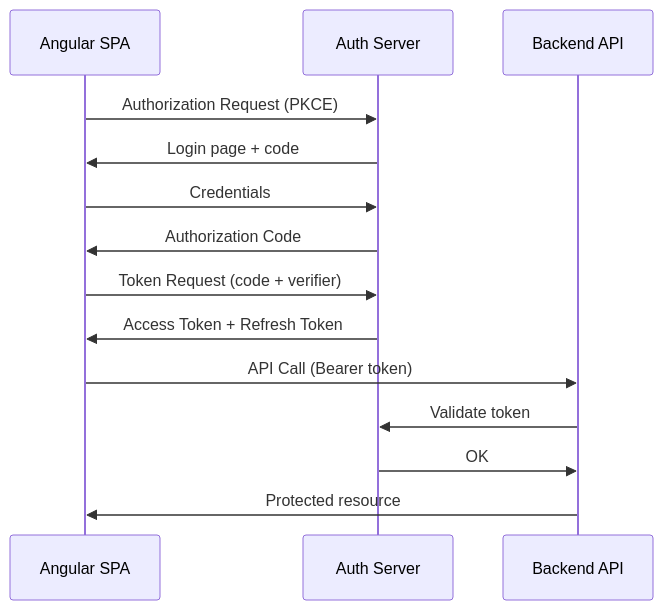
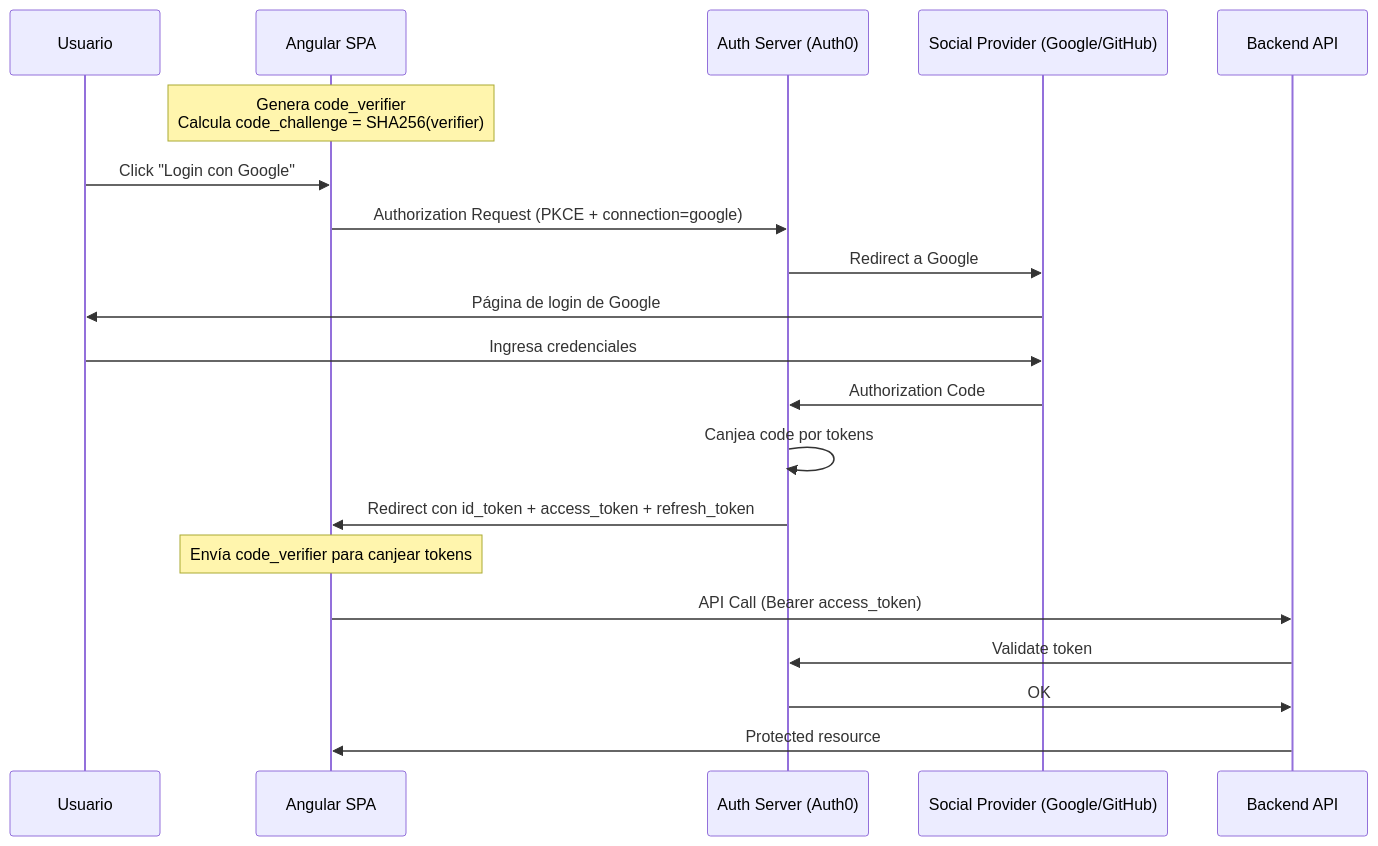
One commit to edgardo001/angular-mastery-roadmap changed the first of 3 diagrams in 43-oauth/README.md. Above: the diagram before and after it, drawn with Mermaid. The commit also changed other lines of this file and 6 other files, not shown here.

First line of the commit message:
feat(43): implement PKCE and social login

````diff
--- a/43-oauth/README.md
+++ b/43-oauth/README.md
@@ -14,16 +13,26 @@
 ```mermaid
 sequenceDiagram
+    participant User as Usuario
     participant SPA as Angular SPA
-    participant AS as Auth Server
+    participant AS as Auth Server (Auth0)
+    participant IDP as Social Provider (Google/GitHub)
     participant API as Backend API
-    SPA->>AS: Authorization Request (PKCE)
-    AS->>SPA: Login page + code
-    SPA->>AS: Credentials
-    AS->>SPA: Authorization Code
-    SPA->>AS: Token Request (code + verifier)
-    AS->>SPA: Access Token + Refresh Token
-    SPA->>API: API Call (Bearer token)
+
+    Note over SPA: Genera code_verifier<br/>Calcula code_challenge = SHA256(verifier)
+
+    User->>SPA: Click "Login con Google"
+    SPA->>AS: Authorization Request (PKCE + connection=google)
+    AS->>IDP: Redirect a Google
+    IDP->>User: Página de login de Google
+    User->>IDP: Ingresa credenciales
+    IDP->>AS: Authorization Code
+    AS->>AS: Canjea code por tokens
+    AS->>SPA: Redirect con id_token + access_token + refresh_token
+
+    Note over SPA: Envía code_verifier para canjear tokens
+
+    SPA->>API: API Call (Bearer access_token)
     API->>AS: Validate token
     AS->>API: OK
     API->>SPA: Protected resource
 ```
````
